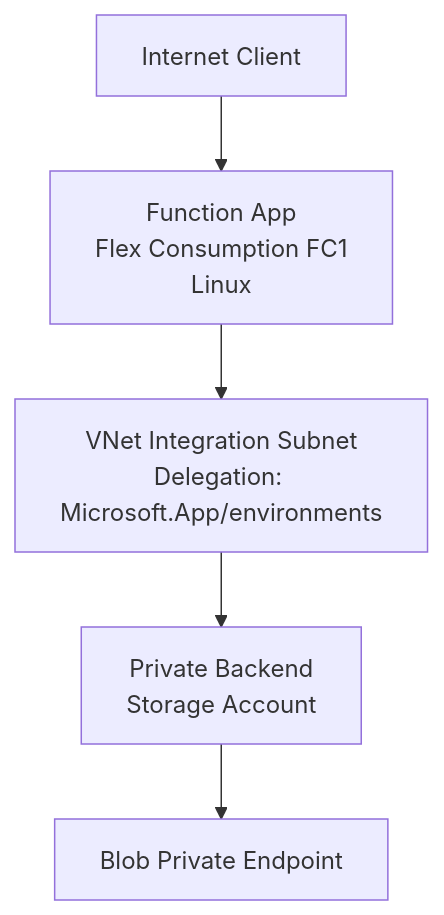
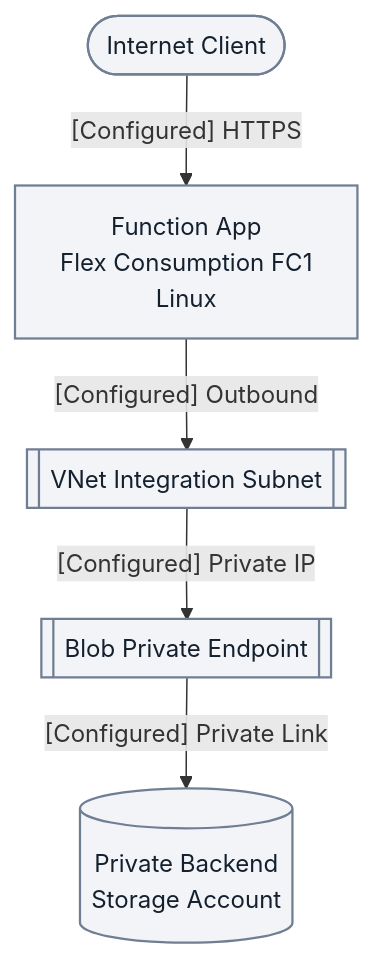
The second of 2 diagrams in docs/language-guides/dotnet/tutorial/flex-consumption/02a-first-deploy-private-egress.md (yeongseon/azure-functions-practical-guide), drawn with Mermaid before and after one commit. The commit also changed other lines of this file and 2 other files, not shown here.

First line of the commit message:
docs(diagrams): correct .NET private-deploy tutorial topology (#479)

````diff
--- a/docs/language-guides/dotnet/tutorial/flex-consumption/02a-first-deploy-private-egress.md
+++ b/docs/language-guides/dotnet/tutorial/flex-consumption/02a-first-deploy-private-egress.md
@@ -121,7 +144,11 @@
 ```mermaid
 flowchart TD
-    Internet[Internet Client] --> App[Function App\nFlex Consumption FC1\nLinux]
-    App --> VNet["VNet Integration Subnet\nDelegation: Microsoft.App/environments"]
-    VNet --> Backend[Private Backend\nStorage Account]
-    Backend --> PE[Blob Private Endpoint]
+    accTitle: Linux FC1 public ingress and private Blob path
+    accDescr: Conceptual path from an Internet client to the Linux Flex app, then outbound integration to a Blob private endpoint and the Storage backend. The endpoint precedes Storage access; no deployment success is asserted.
+    Internet(["Internet Client"]) -->|"[Configured] HTTPS"| App["Function App<br/>Flex Consumption FC1<br/>Linux"]
+    App -->|"[Configured] Outbound"| VNet[["VNet Integration Subnet"]]
+    VNet -->|"[Configured] Private IP"| PE[["Blob Private Endpoint"]]
+    PE -->|"[Configured] Private Link"| Backend[("Private Backend<br/>Storage Account")]
+    classDef baseNeutral fill:#f2f4f8,stroke:#707e93,stroke-width:1.5px,color:#14202e;
+    class Internet,App,VNet,PE,Backend baseNeutral;
 ```
````
